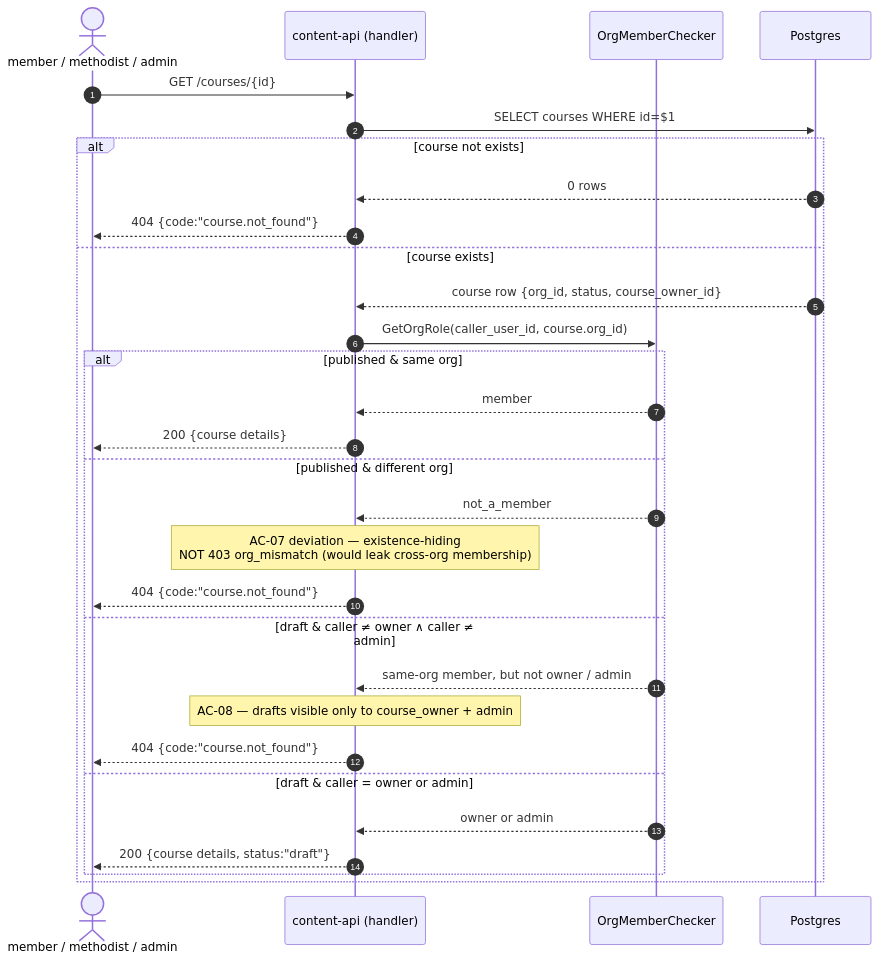
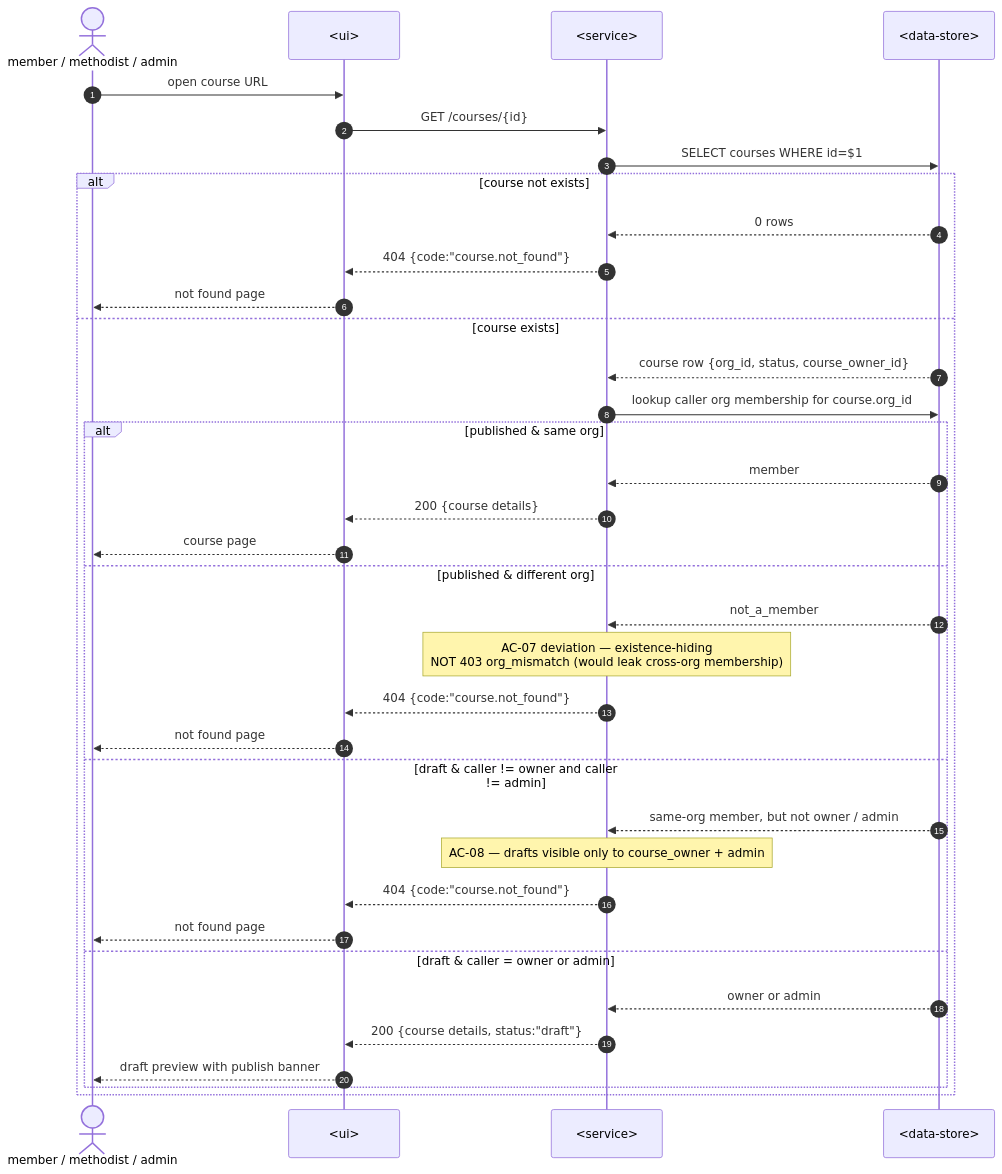
Before and after one commit to genkovich/agentic-engineering-course-public: the sixth of 13 diagrams in modules/6-sdlc/sdlc/examples/course-lesson-mvp/sad.md, drawn with Mermaid. The commit also changed other lines of this file and 139 other files, not shown here.

First line of the commit message:
sdlc: синк плагіна до v4.5.1 (21 skill, agents, map-architecture)

````diff
--- a/modules/6-sdlc/sdlc/examples/course-lesson-mvp/sad.md
+++ b/modules/6-sdlc/sdlc/examples/course-lesson-mvp/sad.md
@@ -277,33 +300,39 @@
 ```mermaid
 sequenceDiagram
     autonumber
     actor U as member / methodist / admin
-    participant API as content-api (handler)
-    participant OMC as OrgMemberChecker
-    participant DB as Postgres
+    participant UI as <ui>
+    participant SVC as <service>
+    participant DS as <data-store>
 
-    U->>API: GET /courses/{id}
-    API->>DB: SELECT courses WHERE id=$1
+    U->>UI: open course URL
+    UI->>SVC: GET /courses/{id}
+    SVC->>DS: SELECT courses WHERE id=$1
     alt course not exists
-        DB-->>API: 0 rows
-        API-->>U: 404 {code:"course.not_found"}
+        DS-->>SVC: 0 rows
+        SVC-->>UI: 404 {code:"course.not_found"}
+        UI-->>U: not found page
     else course exists
-        DB-->>API: course row {org_id, status, course_owner_id}
-        API->>OMC: GetOrgRole(caller_user_id, course.org_id)
+        DS-->>SVC: course row {org_id, status, course_owner_id}
+        SVC->>DS: lookup caller org membership for course.org_id
         alt published & same org
-            OMC-->>API: member
-            API-->>U: 200 {course details}
+            DS-->>SVC: member
+            SVC-->>UI: 200 {course details}
+            UI-->>U: course page
         else published & different org
-            OMC-->>API: not_a_member
-            Note over API: AC-07 deviation — existence-hiding<br/>NOT 403 org_mismatch (would leak cross-org membership)
-            API-->>U: 404 {code:"course.not_found"}
-        else draft & caller ≠ owner ∧ caller ≠ admin
-            OMC-->>API: same-org member, but not owner / admin
-            Note over API: AC-08 — drafts visible only to course_owner + admin
-            API-->>U: 404 {code:"course.not_found"}
+            DS-->>SVC: not_a_member
+            Note over SVC: AC-07 deviation — existence-hiding<br/>NOT 403 org_mismatch (would leak cross-org membership)
+            SVC-->>UI: 404 {code:"course.not_found"}
+            UI-->>U: not found page
+        else draft & caller != owner and caller != admin
+            DS-->>SVC: same-org member, but not owner / admin
+            Note over SVC: AC-08 — drafts visible only to course_owner + admin
+            SVC-->>UI: 404 {code:"course.not_found"}
+            UI-->>U: not found page
         else draft & caller = owner or admin
-            OMC-->>API: owner or admin
-            API-->>U: 200 {course details, status:"draft"}
+            DS-->>SVC: owner or admin
+            SVC-->>UI: 200 {course details, status:"draft"}
+            UI-->>U: draft preview with publish banner
         end
     end
 ```
````
